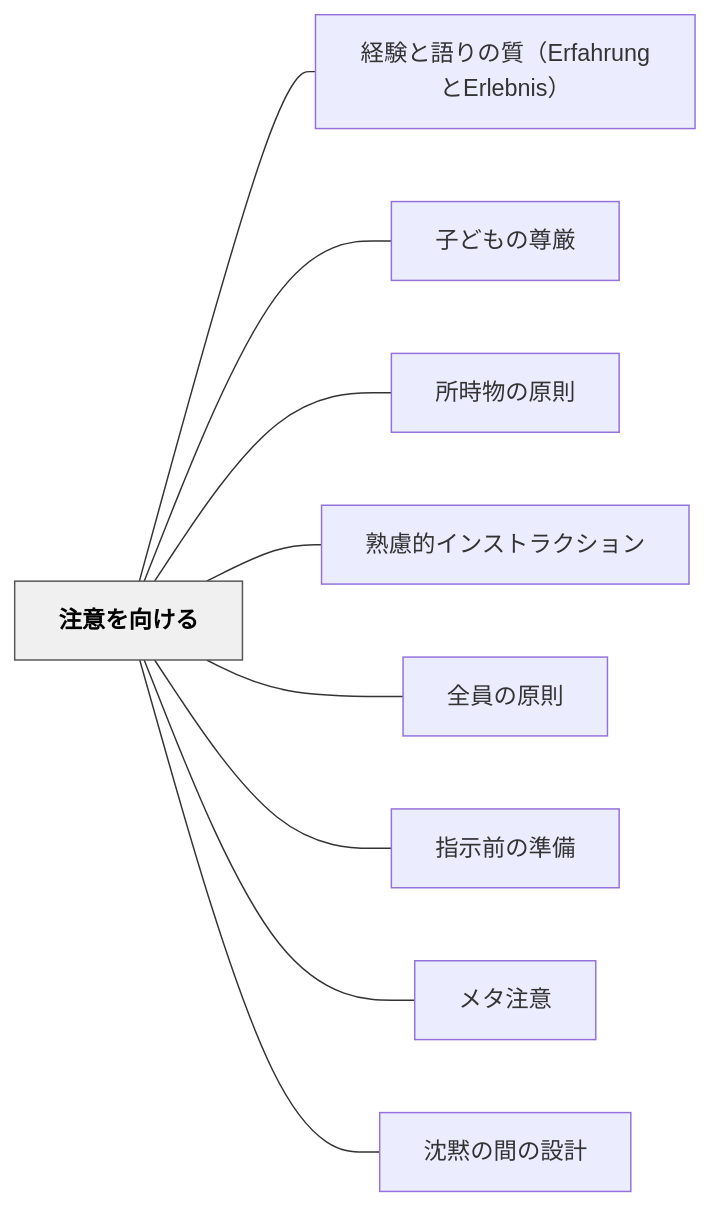
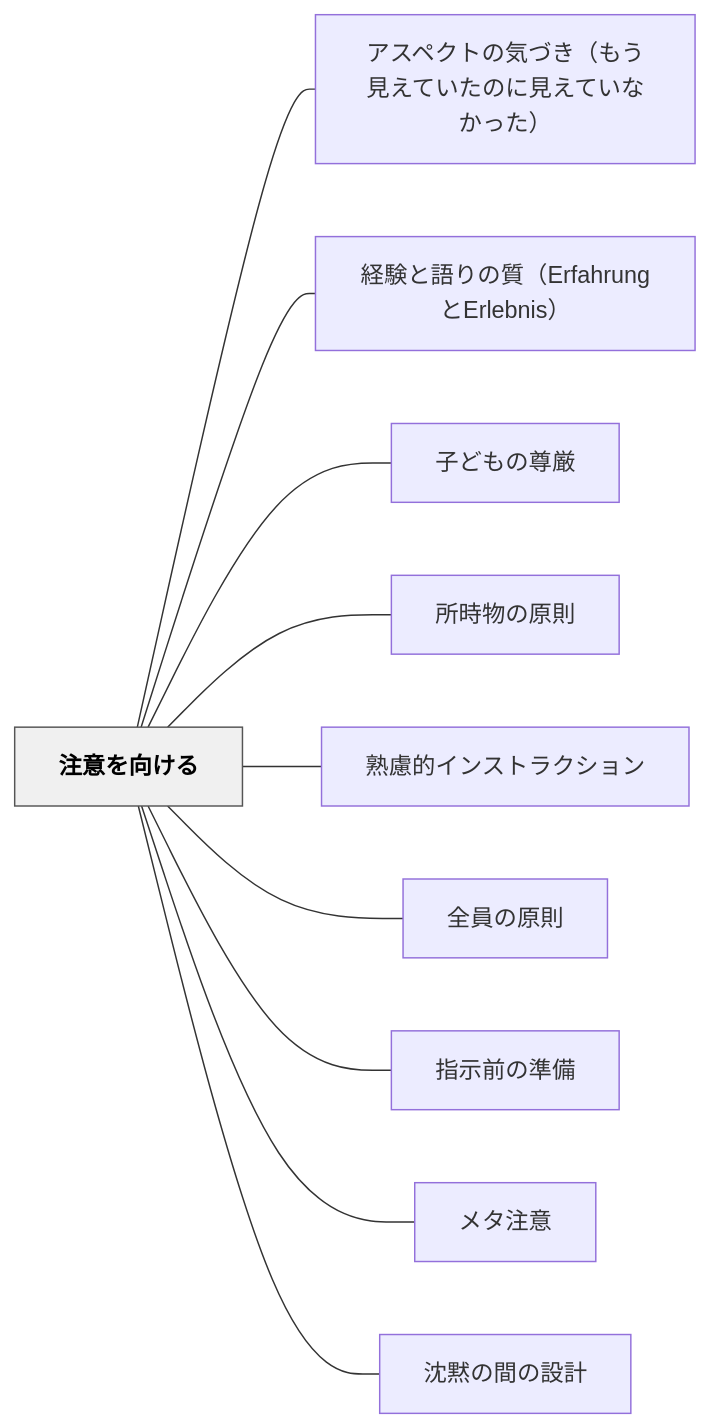
Before and after one commit to unknownthings-ed-patterns/unknownthings-ed-patterns: the diagram in content/パタン/注意を向ける.md, drawn with Mermaid. The commit also changed other lines of this file and 185 other files, not shown here.

````diff
--- a/content/パタン/注意を向ける.md
+++ b/content/パタン/注意を向ける.md
@@ -72,24 +72,26 @@
 ```mermaid
 flowchart LR
     ne6b3a8e6848fe38292e59091e38191e3828b["注意を向ける"]
+    ne382a2e382b9e3839ae382afe38388e381aee6b097e381a5e3818defbc88e38282e38186e8a68be38188e381a6e38184e3819fe381aee381abe8a68be38188e381a6e38184e381aae3818be381a3e3819fefbc89["アスペクトの気づき（もう見えていたのに見えていなかった）"]
     ne7b58ce9a893e381a8e8aa9ee3828ae381aee8b3aaefbc88457266616872756e67e381a845726c65626e6973efbc89["経験と語りの質（ErfahrungとErlebnis）"]
     ne5ad90e381a9e38282e381aee5b08ae58eb3["子どもの尊厳"]
     ne68980e69982e789a9e381aee58e9fe58987["所時物の原則"]
     ne7869fe685aee79a84e382a4e383b3e382b9e38388e383a9e382afe382b7e383a7e383b3["熟慮的インストラクション"]
     ne585a8e593a1e381aee58e9fe58987["全員の原則"]
     ne68c87e7a4bae5898de381aee6ba96e58299["指示前の準備"]
     ne383a1e382bfe6b3a8e6848f["メタ注意"]
     ne6b288e9bb99e381aee99693e381aee8a8ade8a888["沈黙の間の設計"]
 
+    ne6b3a8e6848fe38292e59091e38191e3828b --- ne382a2e382b9e3839ae382afe38388e381aee6b097e381a5e3818defbc88e38282e38186e8a68be38188e381a6e38184e3819fe381aee381abe8a68be38188e381a6e38184e381aae3818be381a3e3819fefbc89
     ne6b3a8e6848fe38292e59091e38191e3828b --- ne7b58ce9a893e381a8e8aa9ee3828ae381aee8b3aaefbc88457266616872756e67e381a845726c65626e6973efbc89
     ne6b3a8e6848fe38292e59091e38191e3828b --- ne5ad90e381a9e38282e381aee5b08ae58eb3
     ne6b3a8e6848fe38292e59091e38191e3828b --- ne68980e69982e789a9e381aee58e9fe58987
     ne6b3a8e6848fe38292e59091e38191e3828b --- ne7869fe685aee79a84e382a4e383b3e382b9e38388e383a9e382afe382b7e383a7e383b3
     ne6b3a8e6848fe38292e59091e38191e3828b --- ne585a8e593a1e381aee58e9fe58987
     ne6b3a8e6848fe38292e59091e38191e3828b --- ne68c87e7a4bae5898de381aee6ba96e58299
     ne6b3a8e6848fe38292e59091e38191e3828b --- ne383a1e382bfe6b3a8e6848f
     ne6b3a8e6848fe38292e59091e38191e3828b --- ne6b288e9bb99e381aee99693e381aee8a8ade8a888
 
     classDef hub fill:#f0f0f0,stroke:#555,color:#000,font-weight:bold
     class ne6b3a8e6848fe38292e59091e38191e3828b hub
 ```
````
